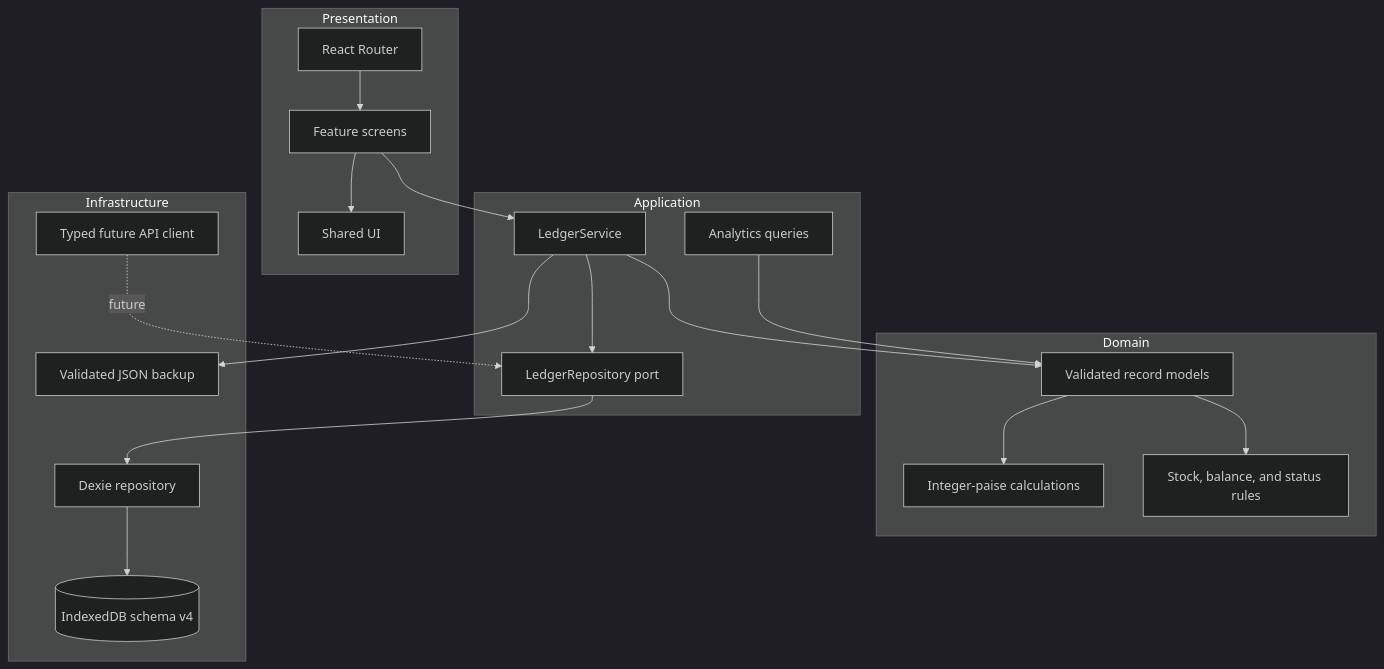
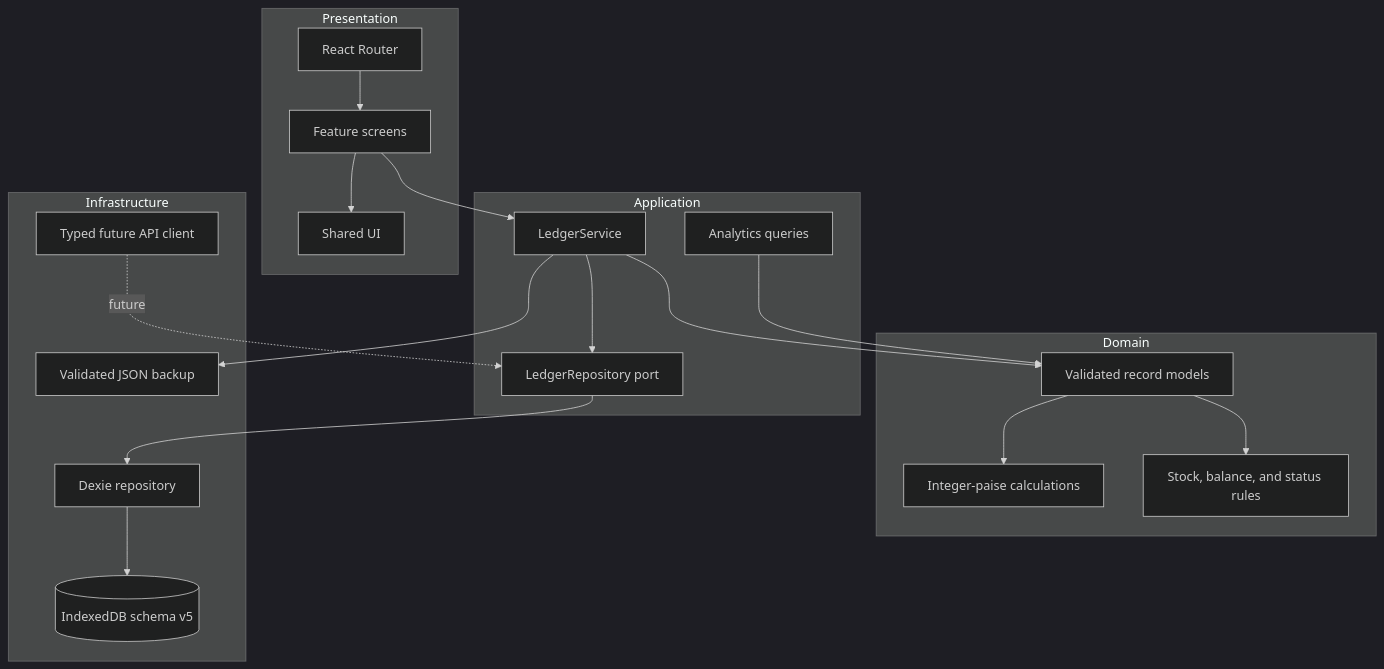
Before and after one commit to Demonkingcoder/Ledgerly: the diagram in docs/ARCHITECTURE.md, drawn with Mermaid (dark theme). The commit also changed other lines of this file and 28 other files, not shown here.

````diff
--- a/docs/ARCHITECTURE.md
+++ b/docs/ARCHITECTURE.md
@@ -5,33 +5,33 @@
 ```mermaid
 flowchart TB
   subgraph Presentation
     Router[React Router]
     Screens[Feature screens]
     Components[Shared UI]
   end
   subgraph Application
     Service[LedgerService]
     Port[LedgerRepository port]
     Analytics[Analytics queries]
   end
   subgraph Domain
     Models[Validated record models]
     Money[Integer-paise calculations]
     Rules[Stock, balance, and status rules]
   end
   subgraph Infrastructure
     Dexie[Dexie repository]
-    IndexedDB[(IndexedDB schema v4)]
+    IndexedDB[(IndexedDB schema v5)]
     Backup[Validated JSON backup]
     Api[Typed future API client]
   end
   Router --> Screens --> Service
   Screens --> Components
   Service --> Port --> Dexie --> IndexedDB
   Service --> Models
   Service --> Backup
   Analytics --> Models
   Models --> Money
   Models --> Rules
   Api -. future .-> Port
 ```
````
